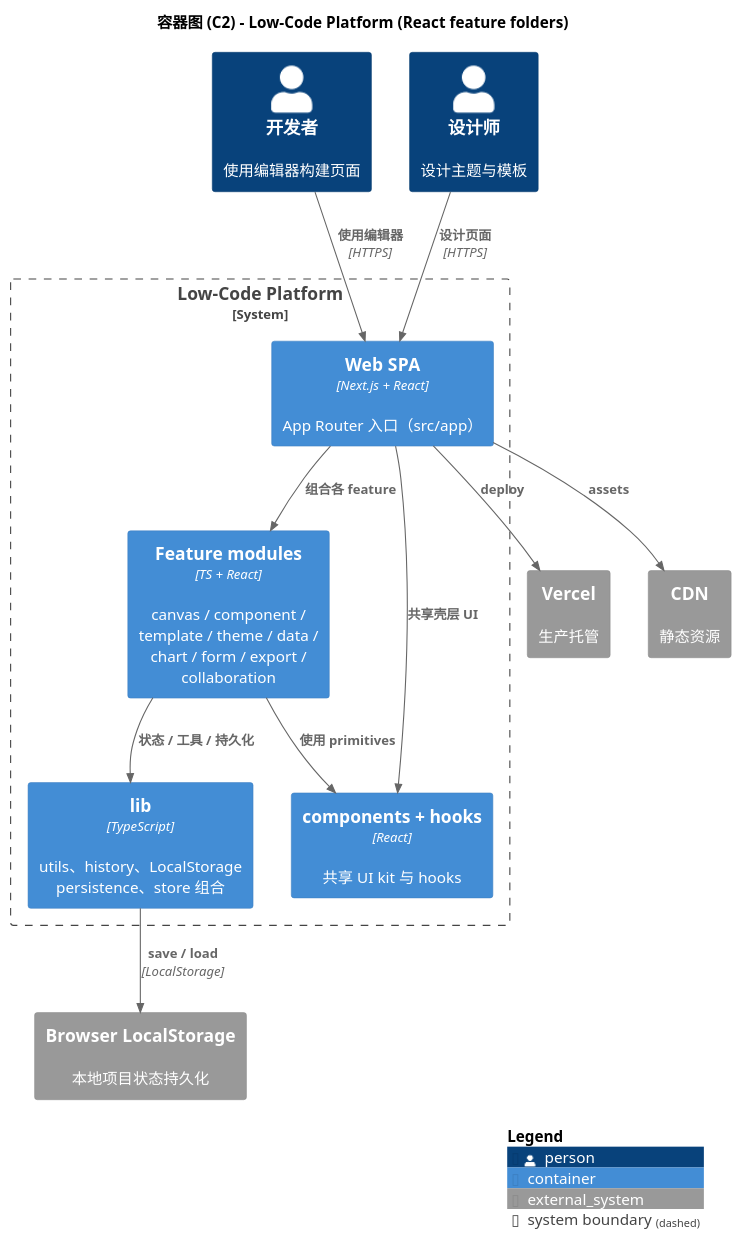
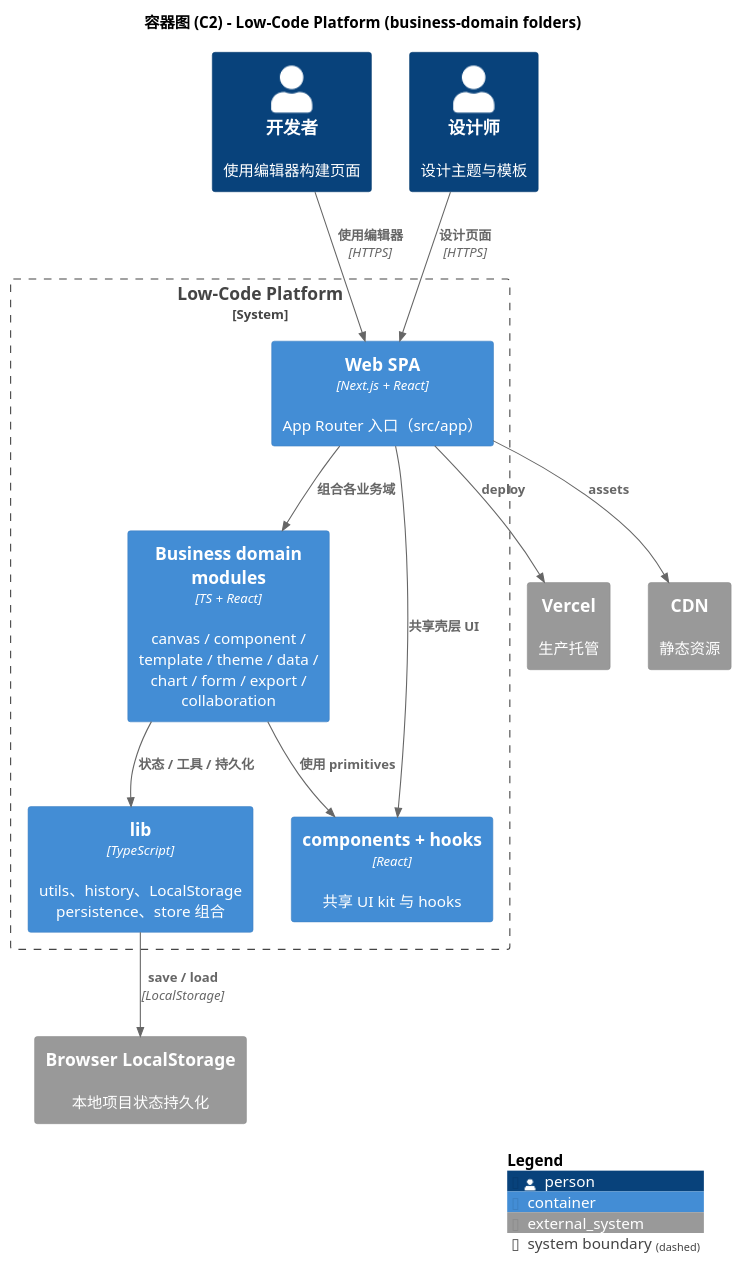
Before and after one commit to felixzhu97/low-code-platform: the diagram in docs/developer/c4-model/C2-Container.puml, drawn with PlantUML. The commit also changed 12 other files, not shown here.

First line of the commit message:
docs: rename architecture term from feature to business domain

```diff
--- a/docs/developer/c4-model/C2-Container.puml
+++ b/docs/developer/c4-model/C2-Container.puml
@@ -1,36 +1,36 @@
 @startuml C2-Container
 !include https://raw.githubusercontent.com/plantuml-stdlib/C4-PlantUML/master/C4_Container.puml
 
 LAYOUT_WITH_LEGEND()
 
-title 容器图 (C2) - Low-Code Platform (React feature folders)
+title 容器图 (C2) - Low-Code Platform (business-domain folders)
 
 Person(developer, "开发者", "使用编辑器构建页面")
 Person(designer, "设计师", "设计主题与模板")
 
 System_Boundary(lcp, "Low-Code Platform") {
     Container(spa, "Web SPA", "Next.js + React", "App Router 入口（src/app）")
 
-    Container(features, "Feature modules", "TS + React", "canvas / component / template / theme / data / chart / form / export / collaboration")
+    Container(domains, "Business domain modules", "TS + React", "canvas / component / template / theme / data / chart / form / export / collaboration")
     Container(sharedUi, "components + hooks", "React", "共享 UI kit 与 hooks")
     Container(sharedLib, "lib", "TypeScript", "utils、history、LocalStorage persistence、store 组合")
 }
 
 System_Ext(browser_storage, "Browser LocalStorage", "本地项目状态持久化")
 System_Ext(vercel, "Vercel", "生产托管")
 System_Ext(cdn, "CDN", "静态资源")
 
 Rel(developer, spa, "使用编辑器", "HTTPS")
 Rel(designer, spa, "设计页面", "HTTPS")
 
-Rel(spa, features, "组合各 feature")
+Rel(spa, domains, "组合各业务域")
 Rel(spa, sharedUi, "共享壳层 UI")
-Rel(features, sharedUi, "使用 primitives")
-Rel(features, sharedLib, "状态 / 工具 / 持久化")
+Rel(domains, sharedUi, "使用 primitives")
+Rel(domains, sharedLib, "状态 / 工具 / 持久化")
 Rel(sharedLib, browser_storage, "save / load", "LocalStorage")
 
 Rel(spa, vercel, "deploy")
 Rel(spa, cdn, "assets")
 
 SHOW_LEGEND()
 @enduml
```
